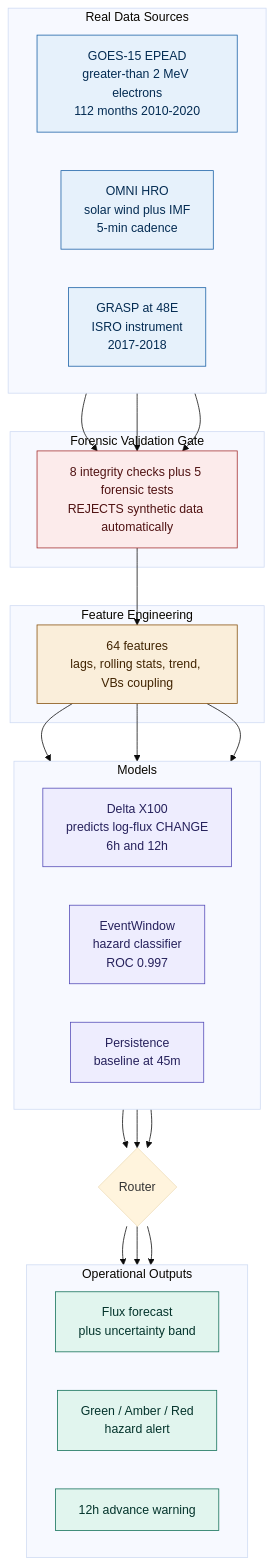
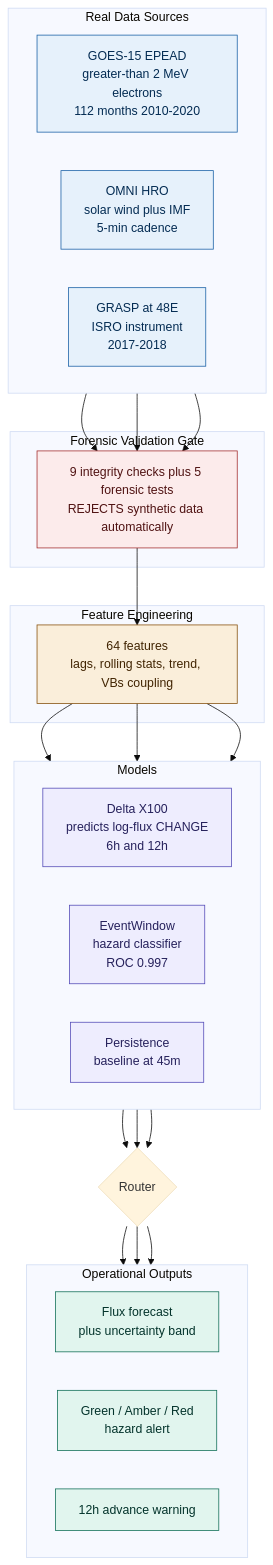
One commit to SHAURYASANYAL3/GEOshield changed the first of 5 diagrams in README.md. Above: the diagram before and after it, drawn with Mermaid (base theme). The commit also changed other lines of this file and 1 other file, not shown here.

````diff
--- a/README.md
+++ b/README.md
@@ -90,51 +90,51 @@
 ```mermaid
 flowchart TB
     subgraph SRC["Real Data Sources"]
         direction LR
         G["GOES-15 EPEAD<br/>greater-than 2 MeV electrons<br/>112 months 2010-2020"]
         O["OMNI HRO<br/>solar wind plus IMF<br/>5-min cadence"]
         GR["GRASP at 48E<br/>ISRO instrument<br/>2017-2018"]
     end
     subgraph GATE["Forensic Validation Gate"]
-        V["8 integrity checks plus 5 forensic tests<br/>REJECTS synthetic data automatically"]
+        V["9 integrity checks plus 5 forensic tests<br/>REJECTS synthetic data automatically"]
     end
     subgraph FE["Feature Engineering"]
         F["64 features<br/>lags, rolling stats, trend, VBs coupling"]
     end
     subgraph MODEL["Models"]
         direction LR
         D["Delta X100<br/>predicts log-flux CHANGE<br/>6h and 12h"]
         E["EventWindow<br/>hazard classifier<br/>ROC 0.997"]
         P["Persistence<br/>baseline at 45m"]
     end
     R{"Router"}
     subgraph OUT["Operational Outputs"]
         direction LR
         O1["Flux forecast<br/>plus uncertainty band"]
         O2["Green / Amber / Red<br/>hazard alert"]
         O3["12h advance warning"]
     end
     G --> V
     O --> V
     GR --> V
     V --> F
     F --> D
     F --> E
     F --> P
     D --> R
     E --> R
     P --> R
     R --> O1
     R --> O2
     R --> O3
     classDef src fill:#E6F1FB,stroke:#185FA5,color:#042C53
     classDef gate fill:#FCEBEB,stroke:#A32D2D,color:#501313
     classDef feat fill:#FAEEDA,stroke:#854F0B,color:#412402
     classDef model fill:#EEEDFE,stroke:#534AB7,color:#26215C
     classDef out fill:#E1F5EE,stroke:#0F6E56,color:#04342C
     class G,O,GR src
     class V gate
     class F feat
     class D,E,P model
     class O1,O2,O3 out
 ```
````
